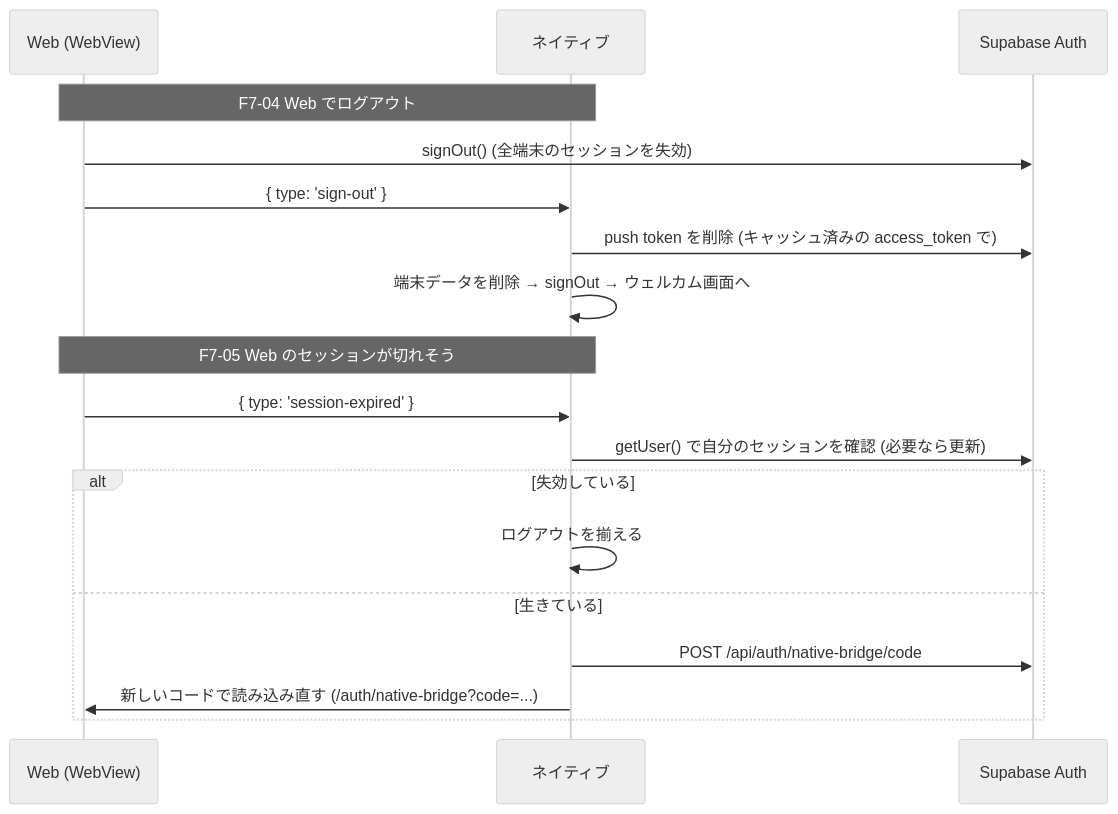
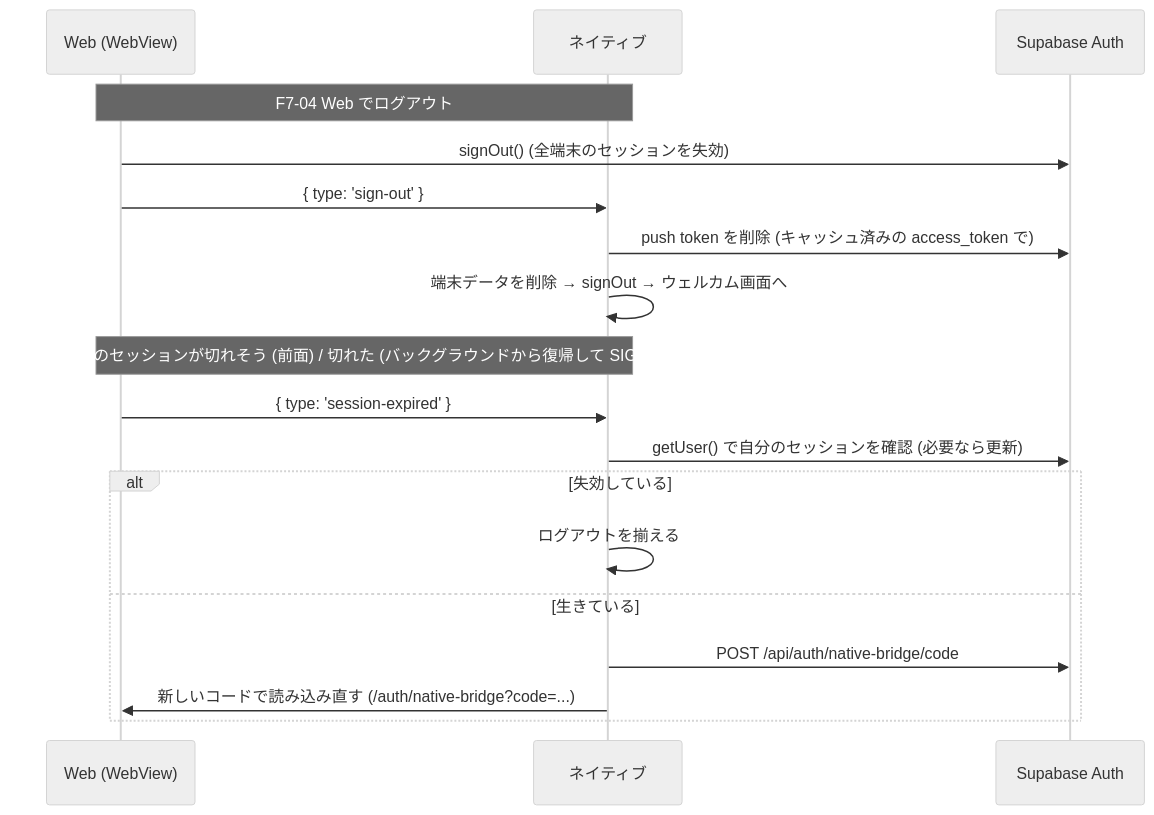
One commit to DaisukeHori/homegohan-app changed the diagram in docs/design/mobile/05-auth-session.md. Above: the diagram before and after it, drawn with Mermaid (neutral theme). The commit also changed other lines of this file and 22 other files, not shown here.

````diff
--- a/docs/design/mobile/05-auth-session.md
+++ b/docs/design/mobile/05-auth-session.md
@@ -116,22 +149,22 @@
 ```mermaid
 sequenceDiagram
   participant W as Web (WebView)
   participant N as ネイティブ
   participant S as Supabase Auth
 
   Note over W,N: F7-04 Web でログアウト
   W->>S: signOut() (全端末のセッションを失効)
   W->>N: { type: 'sign-out' }
   N->>S: push token を削除 (キャッシュ済みの access_token で)
   N->>N: 端末データを削除 → signOut → ウェルカム画面へ
 
-  Note over W,N: F7-05 Web のセッションが切れそう
+  Note over W,N: F7-05 Web のセッションが切れそう (前面) / 切れた (バックグラウンドから復帰して SIGNED_OUT)
   W->>N: { type: 'session-expired' }
   N->>S: getUser() で自分のセッションを確認 (必要なら更新)
   alt 失効している
     N->>N: ログアウトを揃える
   else 生きている
     N->>S: POST /api/auth/native-bridge/code
     N->>W: 新しいコードで読み込み直す (/auth/native-bridge?code=...)
   end
 ```
````
